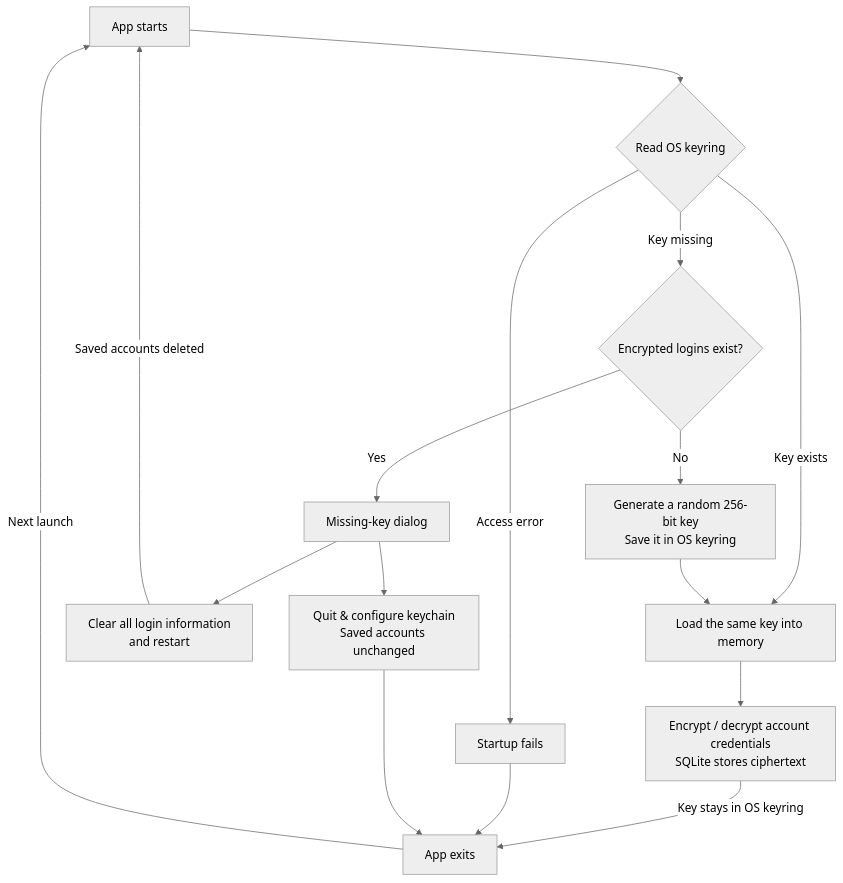
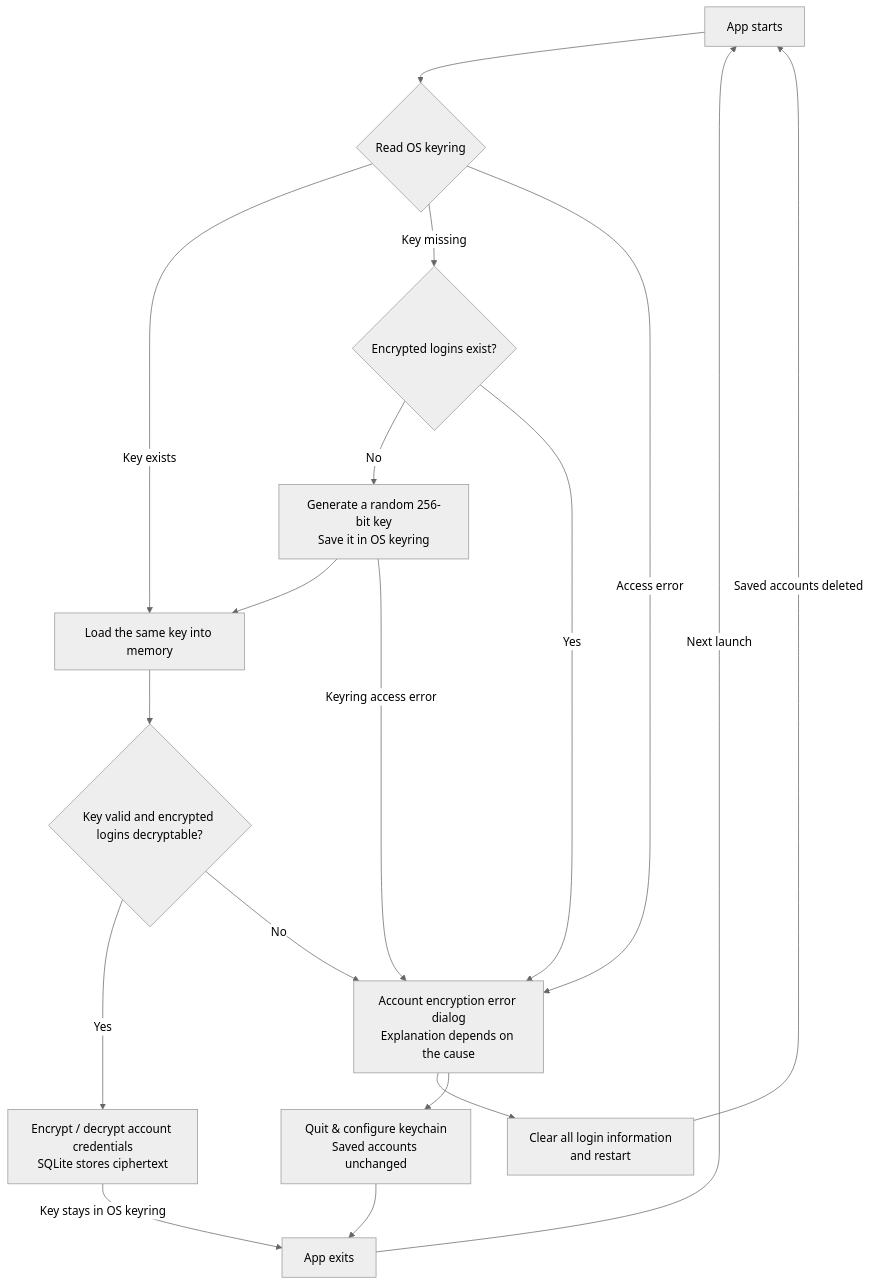
The diagram in docs/getting-started/config/account.md (Xinrea/bili-shadowreplay), drawn with Mermaid (neutral theme) before and after one commit. The commit also changed other lines of this file and 2 other files, not shown here.

Commit message:
fix: show recovery dialog for unavailable or mismatched keys

````diff
--- a/docs/getting-started/config/account.md
+++ b/docs/getting-started/config/account.md
@@ -20,22 +22,24 @@
 ```mermaid
 flowchart TD
     Start["App starts"] --> Read{"Read OS keyring"}
 
     Read -->|Key exists| Memory["Load the same key into memory"]
     Read -->|Key missing| Accounts{"Encrypted logins exist?"}
-    Read -->|Access error| Error["Startup fails"]
+    Read -->|Access error| Dialog
 
     Accounts -->|No| Create["Generate a random 256-bit key<br/>Save it in OS keyring"]
     Create --> Memory
+    Create -->|Keyring access error| Dialog
 
-    Memory --> Use["Encrypt / decrypt account credentials<br/>SQLite stores ciphertext"]
+    Memory --> Validate{"Key valid and encrypted logins decryptable?"}
+    Validate -->|Yes| Use["Encrypt / decrypt account credentials<br/>SQLite stores ciphertext"]
+    Validate -->|No| Dialog
     Use -->|Key stays in OS keyring| Exit["App exits"]
     Exit -->|Next launch| Start
-    Error --> Exit
 
-    Accounts -->|Yes| Dialog["Missing-key dialog"]
+    Accounts -->|Yes| Dialog["Account encryption error dialog<br/>Explanation depends on the cause"]
     Dialog --> Clear["Clear all login information<br/>and restart"]
     Clear -->|Saved accounts deleted| Start
     Dialog --> Quit["Quit & configure keychain<br/>Saved accounts unchanged"]
     Quit --> Exit
 ```
````
